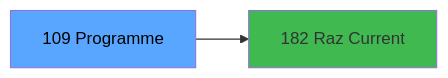
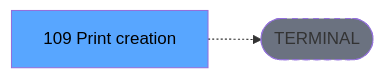
One commit to thonyAGP/lecteur-magic changed the third of 3 diagrams in .openspec/renders/ADH-IDE-109.md. Above: the diagram before and after it, drawn with Mermaid. The commit also changed other lines of this file and 701 other files, not shown here.

````diff
--- a/.openspec/renders/ADH-IDE-109.md
+++ b/.openspec/renders/ADH-IDE-109.md
@@ -152,8 +140,8 @@
 ```mermaid
 graph LR
-    T[109 Programme]
-    C182[182 Raz Current ]
-    T --> C182
+    T[109 Print creation ]
+    TERM([TERMINAL])
+    T -.-> TERM
+    style TERM fill:#6b7280,stroke-dasharray: 5 5
     style T fill:#58a6ff,color:#000
-    style C182 fill:#3fb950
 ```
````
